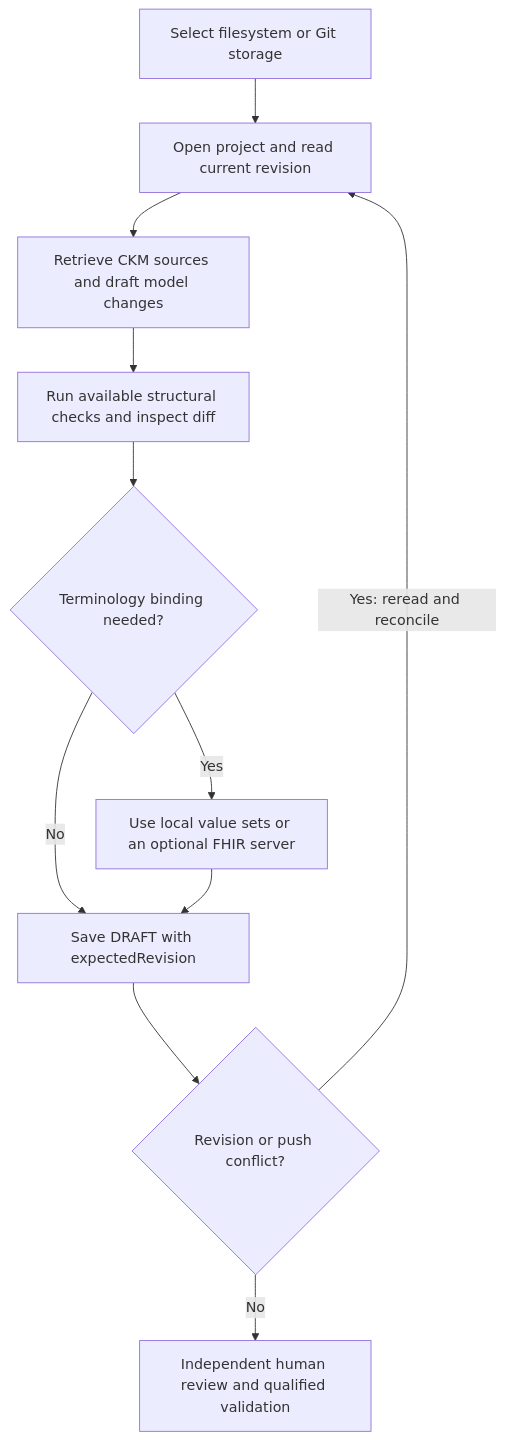
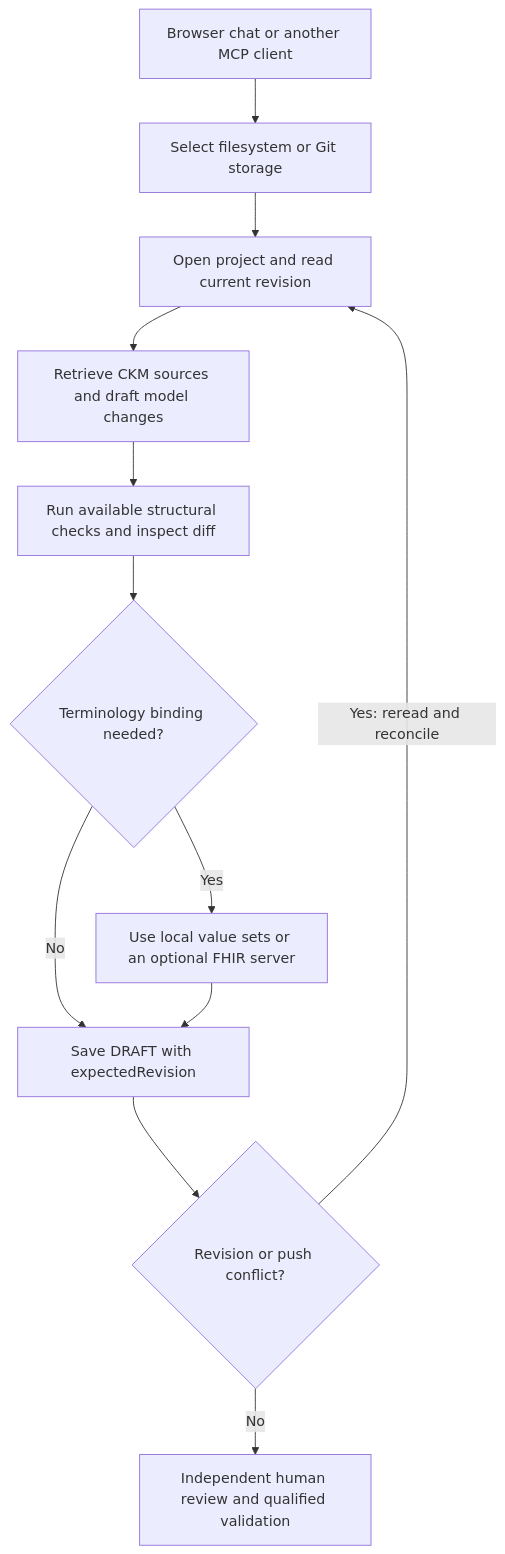
The second of 2 diagrams in README.md (CzarMich/openehr-modelling-assistant), drawn with Mermaid before and after one commit. The commit also changed other lines of this file and 50 other files, not shown here.

Commit message:
feat(chat): add authenticated browser modelling workspace

````diff
--- a/README.md
+++ b/README.md
@@ -96,13 +112,13 @@
 ```mermaid
 flowchart TD
-    P[Select filesystem or Git storage] --> R[Open project and read current revision]
+    Chat[Browser chat or another MCP client] --> P[Select filesystem or Git storage] --> R[Open project and read current revision]
     R --> D[Retrieve CKM sources and draft model changes]
     D --> V[Run available structural checks and inspect diff]
     V --> T{Terminology binding needed?}
     T -->|No| S[Save DRAFT with expectedRevision]
     T -->|Yes| B[Use local value sets or an optional FHIR server]
     B --> S
     S --> C{Revision or push conflict?}
     C -->|Yes: reread and reconcile| R
     C -->|No| H[Independent human review and qualified validation]
 ```
````
